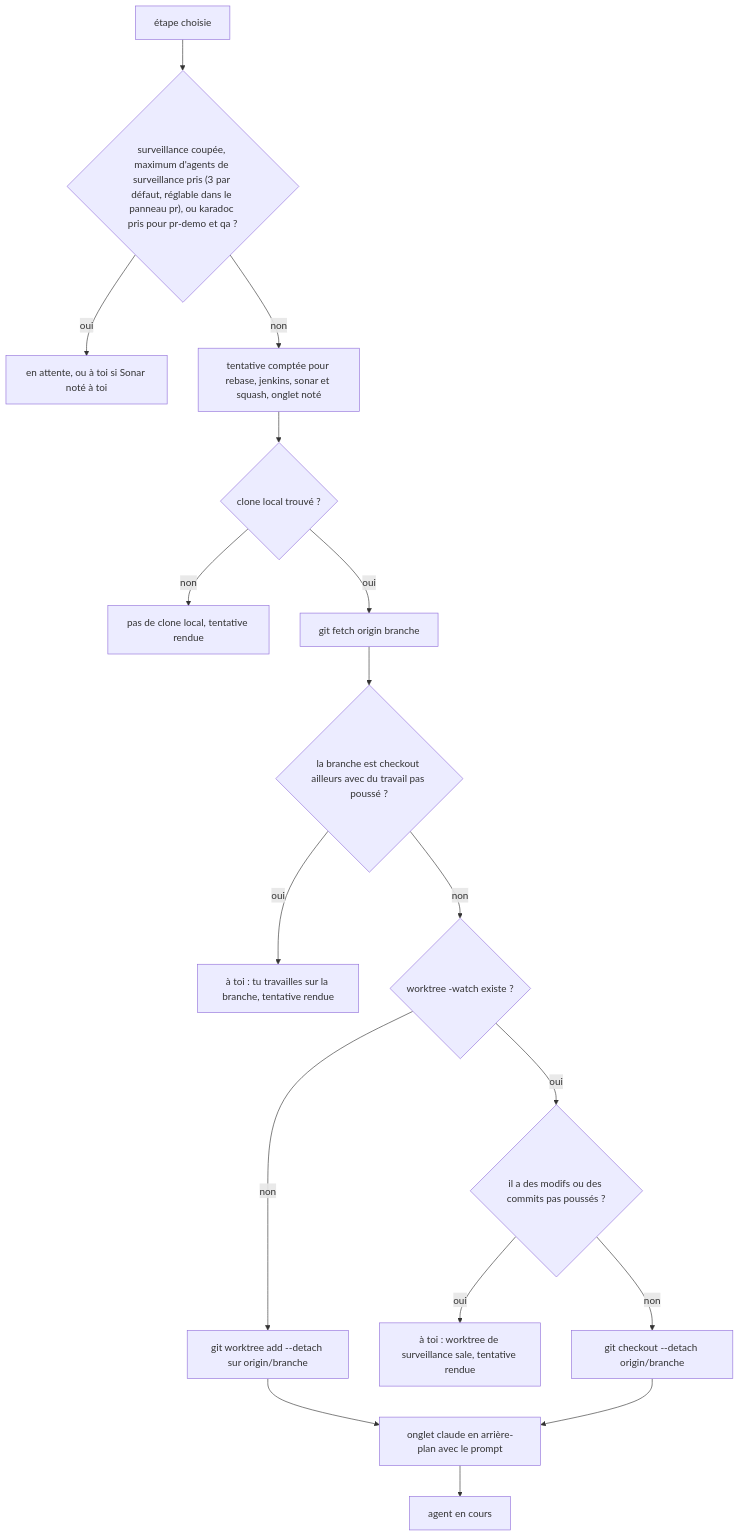
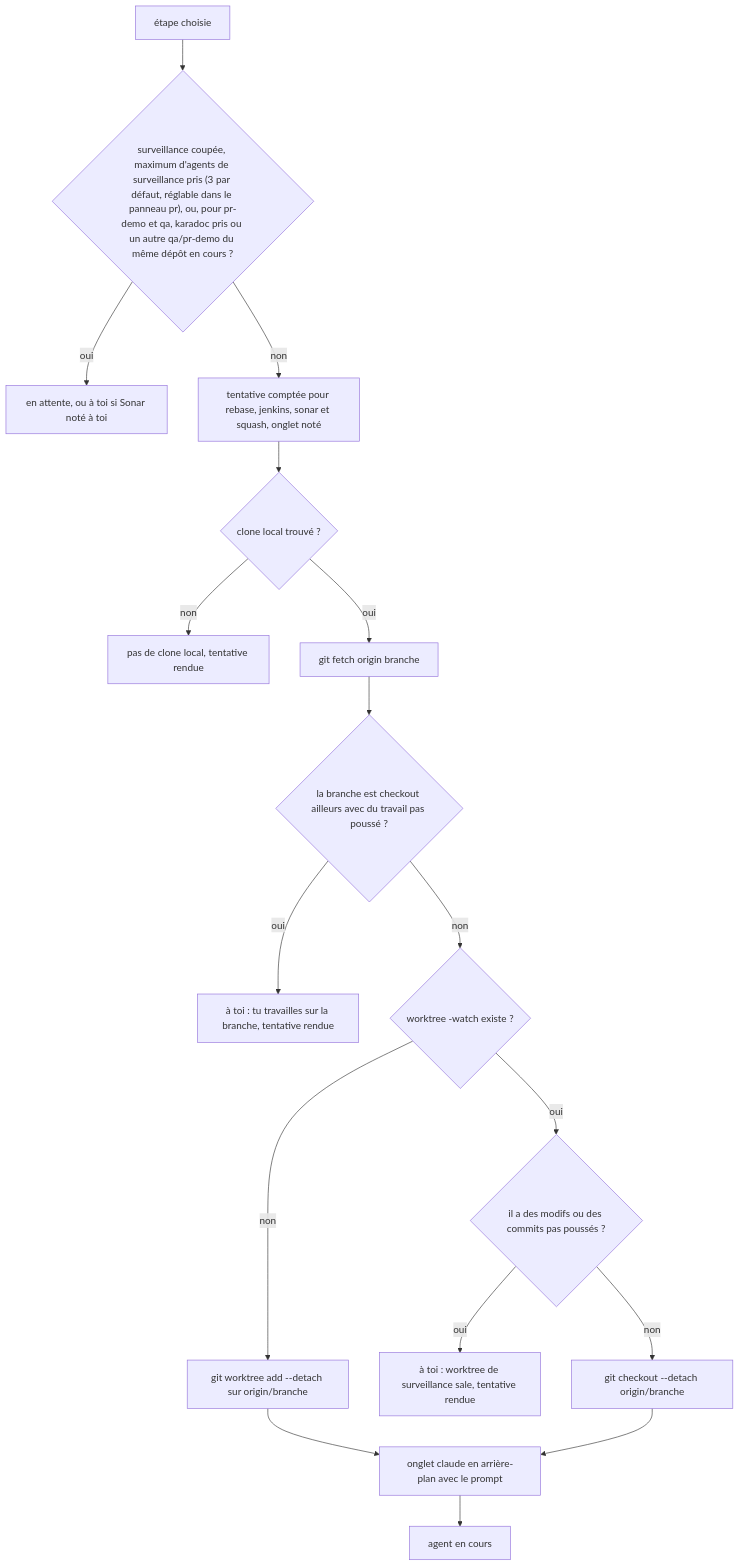
One commit to jcgay/dotfiles changed the second of 2 diagrams in .config/herdr-app/mods/status-jc/README.md. Above: the diagram before and after it, drawn with Mermaid. The commit also changed other lines of this file and 4 other files, not shown here.

````diff
--- a/.config/herdr-app/mods/status-jc/README.md
+++ b/.config/herdr-app/mods/status-jc/README.md
@@ -99,19 +99,19 @@
 ```mermaid
 flowchart TD
-  S["étape choisie"] --> G{"surveillance coupée, maximum d'agents de surveillance pris (3 par défaut, réglable dans le panneau pr), ou karadoc pris pour pr-demo et qa ?"}
+  S["étape choisie"] --> G{"surveillance coupée, maximum d'agents de surveillance pris (3 par défaut, réglable dans le panneau pr), ou, pour pr-demo et qa, karadoc pris ou un autre qa/pr-demo du même dépôt en cours ?"}
   G -->|oui| W["en attente, ou à toi si Sonar noté à toi"]
   G -->|non| P["tentative comptée pour rebase, jenkins, sonar et squash, onglet noté"]
   P --> C{"clone local trouvé ?"}
   C -->|non| Lnc["pas de clone local, tentative rendue"]
   C -->|oui| F["git fetch origin branche"]
   F --> B{"la branche est checkout ailleurs avec du travail pas poussé ?"}
   B -->|oui| Ly["à toi : tu travailles sur la branche, tentative rendue"]
   B -->|non| X{"worktree -watch existe ?"}
   X -->|non| Add["git worktree add --detach sur origin/branche"]
   X -->|oui| D{"il a des modifs ou des commits pas poussés ?"}
   D -->|oui| Ly2["à toi : worktree de surveillance sale, tentative rendue"]
   D -->|non| Co["git checkout --detach origin/branche"]
   Add --> T["onglet claude en arrière-plan avec le prompt"]
   Co --> T
   T --> Lr["agent en cours"]
 ```
````
